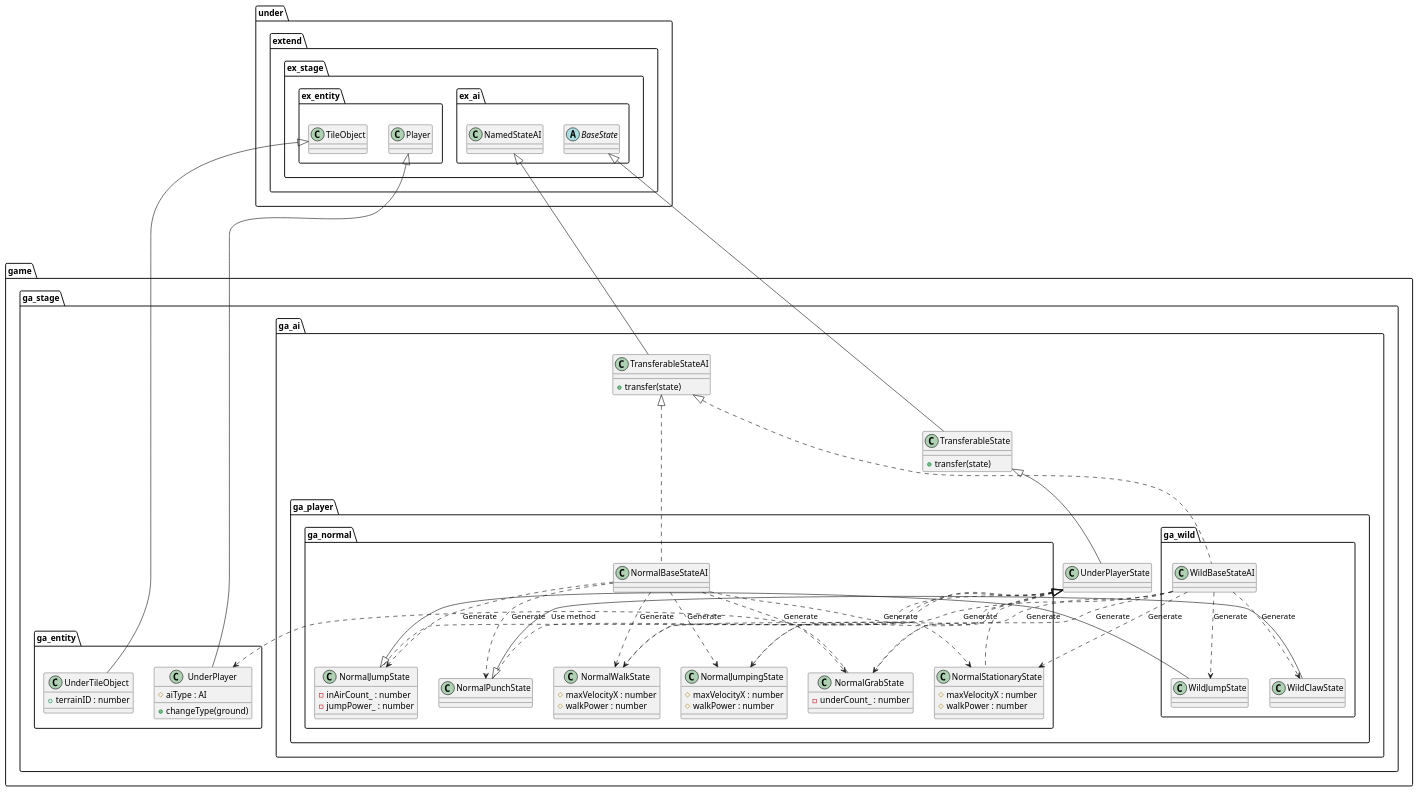
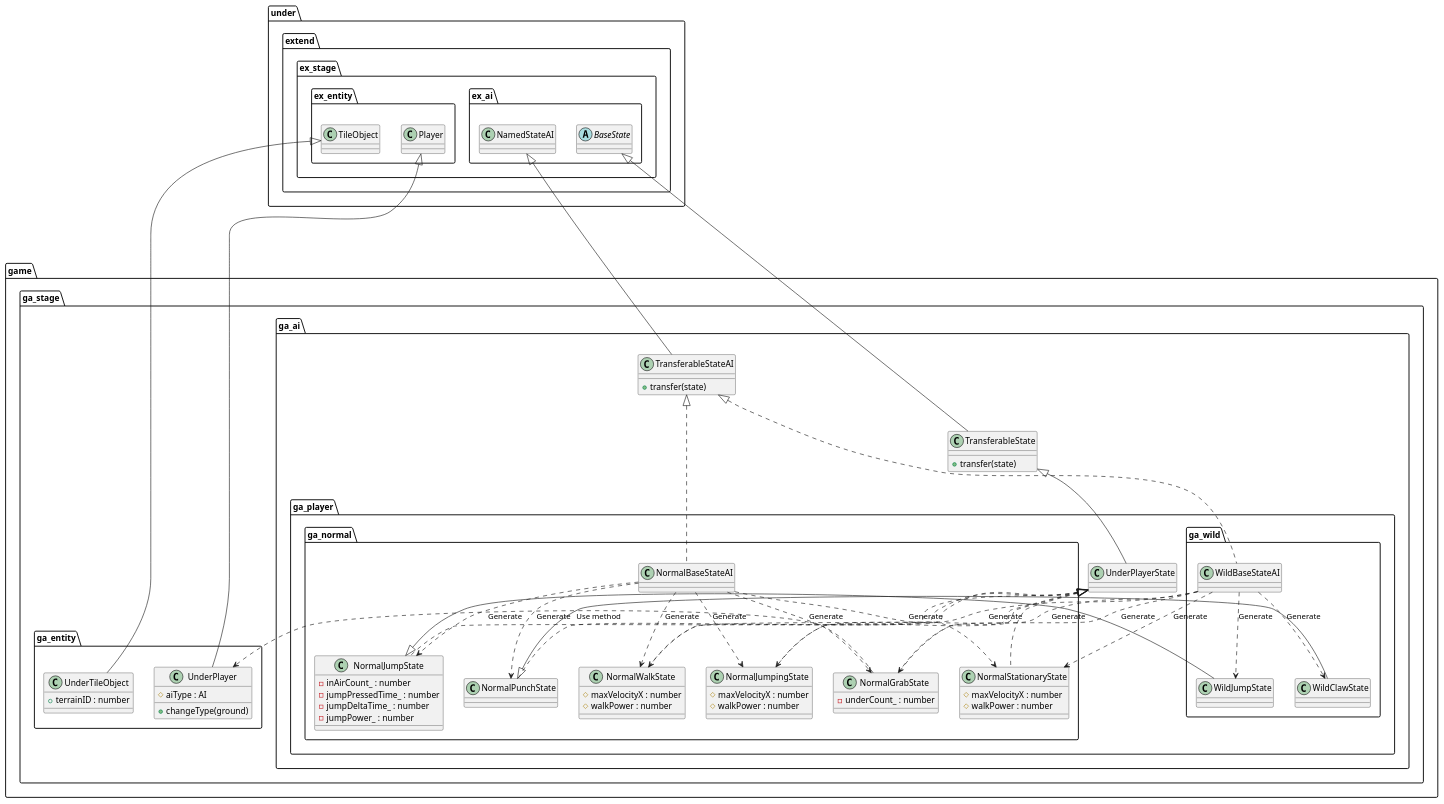
Before and after one commit to Expine/Under: the diagram in uml/entity/Game.wsd, drawn with PlantUML. The commit also changed 5 other files, not shown here.

```diff
--- a/uml/entity/Game.wsd
+++ b/uml/entity/Game.wsd
@@ -1,109 +1,111 @@
 @startuml EntityGame
 package game {
     package ga_stage {
         package ga_entity {
             class UnderPlayer {
                 #aiType : AI
                 +changeType(ground)
             }
             class UnderTileObject {
                 +terrainID : number
             }
         }
 
         package ga_ai {
             class TransferableState {
                 +transfer(state)
             }
             class TransferableStateAI {
                 +transfer(state)
             }
 
             package ga_player {
                 class UnderPlayerState
                 package ga_normal {
                     class NormalBaseStateAI
                     class NormalStationaryState {
                         #maxVelocityX : number
                         #walkPower : number
                     }
                     class NormalWalkState {
                         #maxVelocityX : number
                         #walkPower : number
                     }
                     class NormalJumpState {
                         -inAirCount_ : number
+                        -jumpPressedTime_ : number
+                        -jumpDeltaTime_ : number
                         -jumpPower_ : number
                     }
                     class NormalJumpingState {
                         #maxVelocityX : number
                         #walkPower : number
                     }
                     class NormalPunchState
                     class NormalGrabState {
                         -underCount_ : number
                     }
                 }
                 package ga_wild {
                     class WildBaseStateAI
                     class WildJumpState
                     class WildClawState
                 }
             }
         }
     }
 }
 
 package under {
     package extend {
         package ex_stage {
             package ex_entity {
                 class TileObject
                 class Player
             }
             package ex_ai {
                 class NamedStateAI
                 abstract BaseState
             }
         }
     }
 }
 
 NormalBaseStateAI ..> NormalStationaryState : Generate
 NormalBaseStateAI ..> NormalWalkState : Generate
 NormalBaseStateAI ..> NormalJumpState : Generate
 NormalBaseStateAI ..> NormalJumpingState : Generate
 NormalBaseStateAI ..> NormalPunchState : Generate
 NormalBaseStateAI ..> NormalGrabState : Generate
 
 WildBaseStateAI ..> NormalStationaryState : Generate
 WildBaseStateAI ..> NormalWalkState : Generate
 WildBaseStateAI ..> WildJumpState : Generate
 WildBaseStateAI ..> NormalJumpingState : Generate
 WildBaseStateAI ..> WildClawState : Generate
 WildBaseStateAI ..> NormalGrabState : Generate
 
 NormalGrabState .> UnderPlayer : Use method
 
 Player <|--- UnderPlayer
 TileObject <|--- UnderTileObject
 
 NamedStateAI <|--- TransferableStateAI
 TransferableStateAI <|.. NormalBaseStateAI
 TransferableStateAI <|... WildBaseStateAI
 
 BaseState <|-- TransferableState
 TransferableState <|-- UnderPlayerState
 
 UnderPlayerState <|.. NormalStationaryState
 UnderPlayerState <|.. NormalWalkState
 UnderPlayerState <|.. NormalJumpState
 UnderPlayerState <|.. NormalJumpingState
 UnderPlayerState <|.. NormalPunchState
 UnderPlayerState <|.. NormalGrabState
 
 NormalJumpState <|-- WildJumpState
 NormalPunchState <|-- WildClawState
 
 
 @enduml
```
